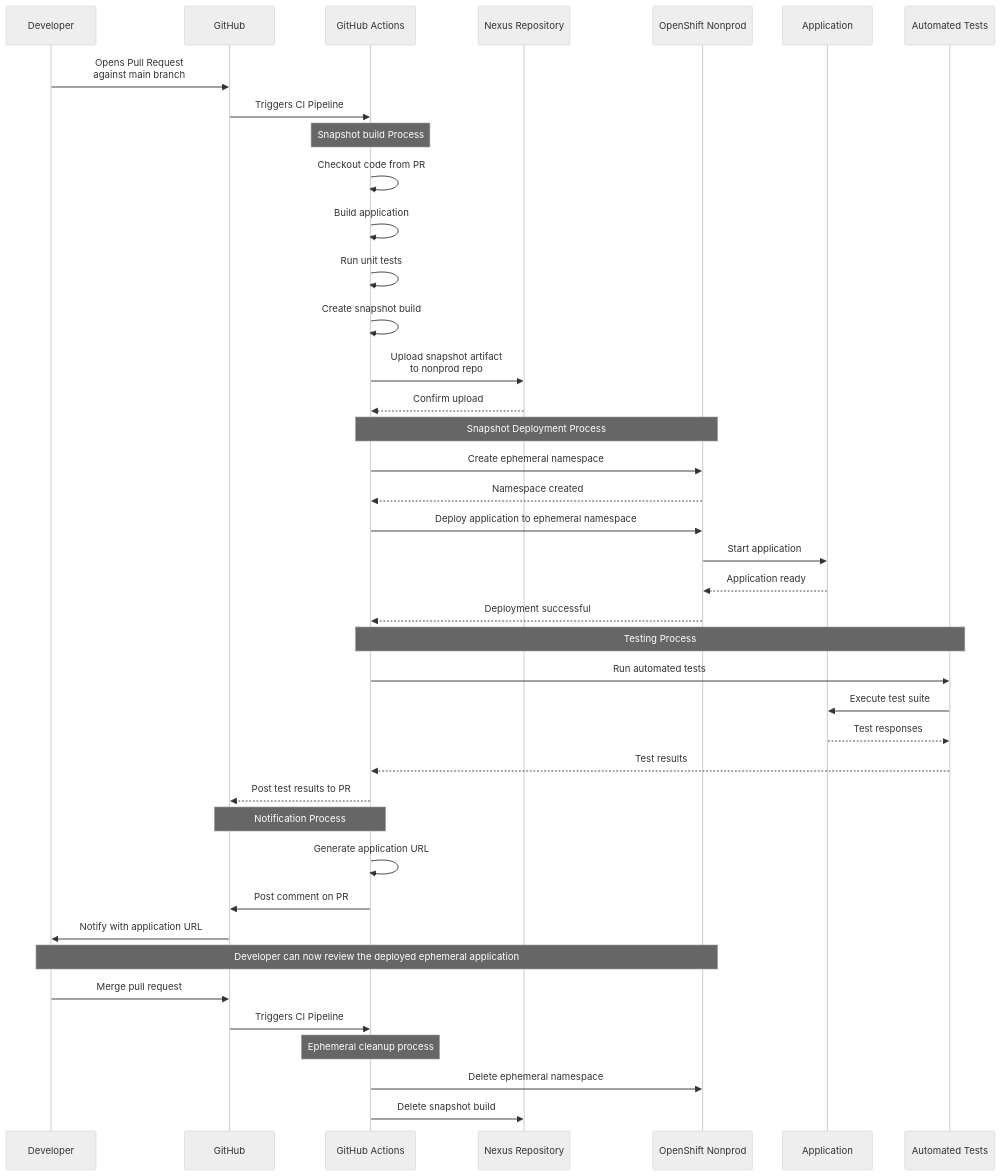
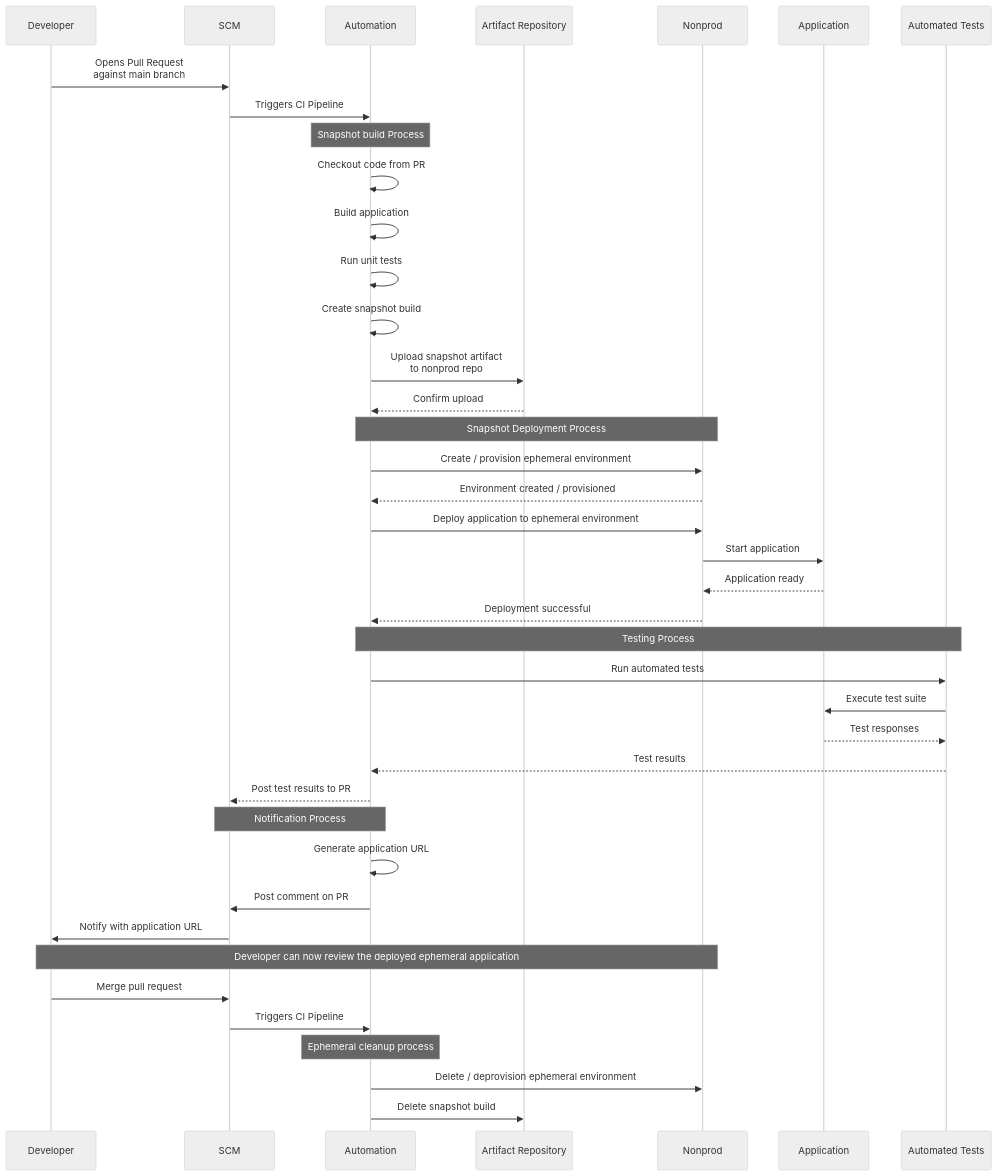
One commit to cdkovacs/gi-pov changed the first of 3 diagrams in deployment.md. Above: the diagram before and after it, drawn with Mermaid (neutral theme). The commit also changed other lines of this file and 3 other files, not shown here.

Commit message:
Added flow version, made deployment diagram generic

````diff
--- a/deployment.md
+++ b/deployment.md
@@ -3,52 +3,52 @@
 ```mermaid
 sequenceDiagram
     participant Dev as Developer
-    participant GH as GitHub
-    participant GA as GitHub Actions
-    participant Nexus as Nexus Repository
-    participant OSD as OpenShift Nonprod
+    participant GH as SCM
+    participant GA as Automation
+    participant Nexus as Artifact Repository
+    participant OSD as Nonprod
     participant App as Application
     participant Tests as Automated Tests
 
     Dev->>GH: Opens Pull Request <br/>against main branch
     GH->>GA: Triggers CI Pipeline
     
     Note over GA: Snapshot build Process
     GA->>GA: Checkout code from PR
     GA->>GA: Build application
     GA->>GA: Run unit tests
     GA->>GA: Create snapshot build
     
     GA->>Nexus: Upload snapshot artifact <br/>to nonprod repo
     Nexus-->>GA: Confirm upload
     
     Note over GA,OSD: Snapshot Deployment Process
-    GA->>OSD: Create ephemeral namespace
-    OSD-->>GA: Namespace created
+    GA->>OSD: Create / provision ephemeral environment
+    OSD-->>GA: Environment created / provisioned
     
-    GA->>OSD: Deploy application to ephemeral namespace
+    GA->>OSD: Deploy application to ephemeral environment
     OSD->>App: Start application
     App-->>OSD: Application ready
     OSD-->>GA: Deployment successful
     
     Note over GA,Tests: Testing Process
     GA->>Tests: Run automated tests
     Tests->>App: Execute test suite
     App-->>Tests: Test responses
     Tests-->>GA: Test results
     GA-->>GH: Post test results to PR
     
     Note over GA,GH: Notification Process
     GA->>GA: Generate application URL
     GA->>GH: Post comment on PR
     GH->>Dev: Notify with application URL
     
     Note over Dev,OSD: Developer can now review the deployed ephemeral application
     Dev->>GH: Merge pull request
     GH->>GA: Triggers CI Pipeline
     
     Note over GA: Ephemeral cleanup process
-    GA->>OSD: Delete ephemeral namespace
+    GA->>OSD: Delete / deprovision ephemeral environment
     GA->>Nexus: Delete snapshot build
 
 ```
````
